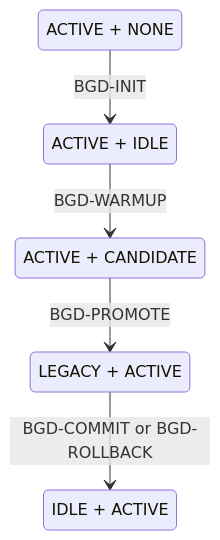
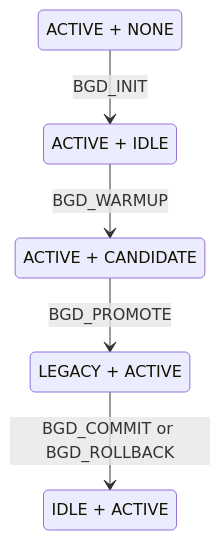
One commit to Netcracker/qubership-envgene changed the third of 3 diagrams in docs/features/blue-green-deployment.md. Above: the diagram before and after it, drawn with Mermaid. The commit also changed other lines of this file and 2 other files, not shown here.

First line of the commit message:
docs: consolidate BGD lifecycle and use BGD_* OPERATION_TYPE values

````diff
--- a/docs/features/blue-green-deployment.md
+++ b/docs/features/blue-green-deployment.md
@@ -174,14 +164,14 @@
 ```mermaid
 stateDiagram-v2
     direction TB
     state "ACTIVE + NONE" as Initial
     state "ACTIVE + IDLE" as Stable
     state "ACTIVE + CANDIDATE" as Candidate
     state "LEGACY + ACTIVE" as Promoted
     state "IDLE + ACTIVE" as Committed
 
-    Initial --> Stable: BGD-INIT
-    Stable --> Candidate: BGD-WARMUP
-    Candidate --> Promoted: BGD-PROMOTE
-    Promoted --> Committed: BGD-COMMIT or BGD-ROLLBACK
+    Initial --> Stable: BGD_INIT
+    Stable --> Candidate: BGD_WARMUP
+    Candidate --> Promoted: BGD_PROMOTE
+    Promoted --> Committed: BGD_COMMIT or BGD_ROLLBACK
 ```
````
